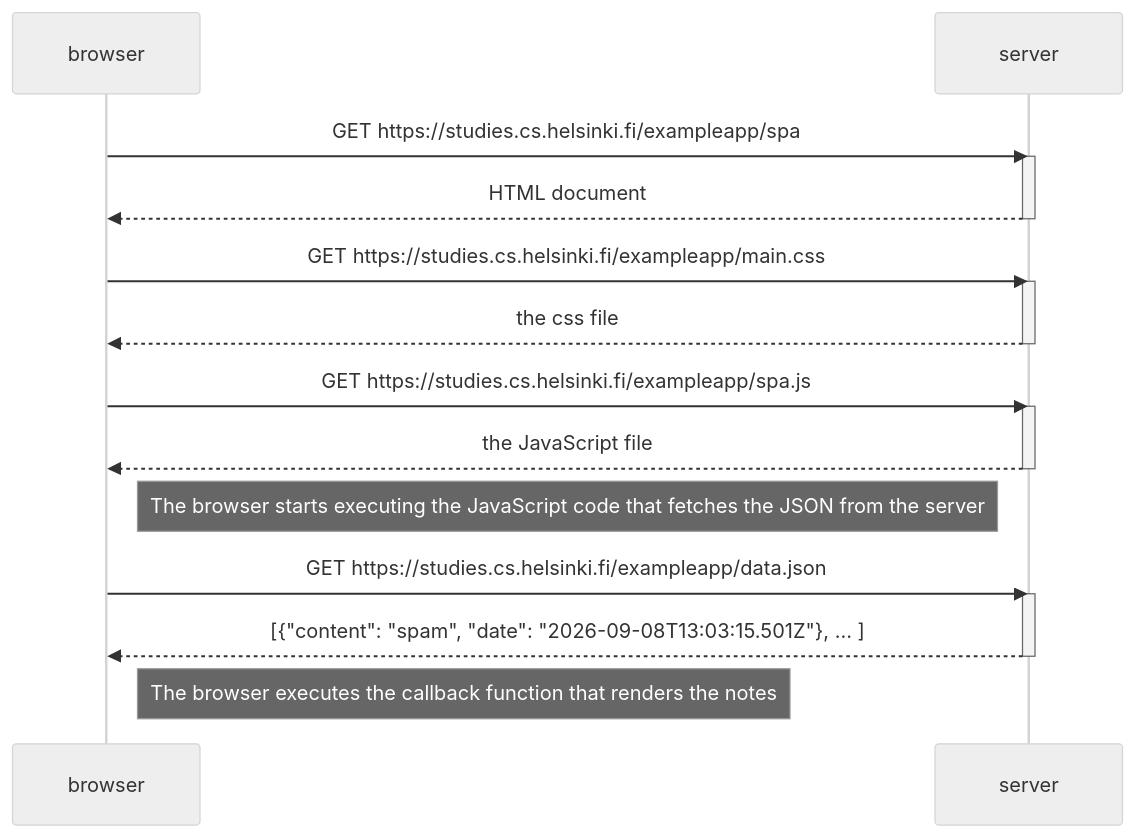
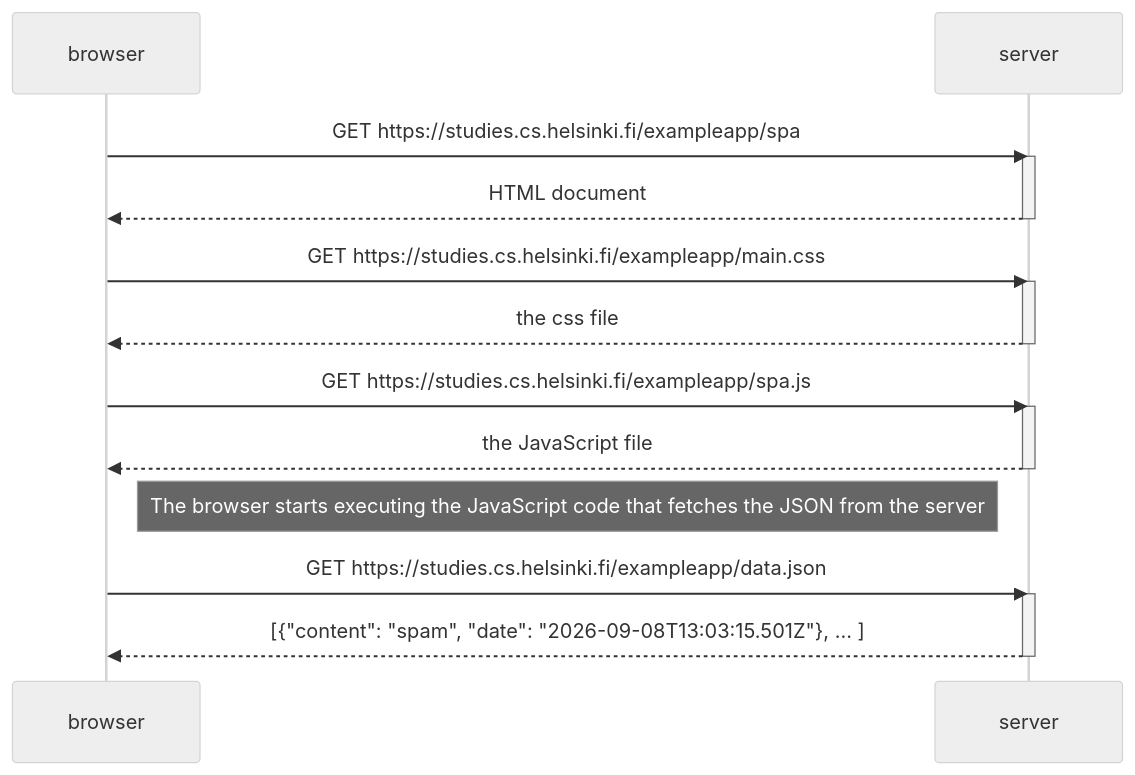
Before and after one commit to Sadg3-code/fullstackopen: the diagram in osa0/spaKaavio.md, drawn with Mermaid (neutral theme).

Commit message:
Poistettu turha muistiinpano lopusta
Removed a note about the browser executing the callback function.

````diff
--- a/osa0/spaKaavio.md
+++ b/osa0/spaKaavio.md
@@ -1,29 +1,27 @@
 ```mermaid
 sequenceDiagram
     participant browser
     participant server
     
     browser->>server: GET https://studies.cs.helsinki.fi/exampleapp/spa
     activate server
     server-->>browser: HTML document
     deactivate server
     
     browser->>server: GET https://studies.cs.helsinki.fi/exampleapp/main.css
     activate server
     server-->>browser: the css file
     deactivate server
     
     browser->>server: GET https://studies.cs.helsinki.fi/exampleapp/spa.js
     activate server
     server-->>browser: the JavaScript file
     deactivate server
     
     Note right of browser: The browser starts executing the JavaScript code that fetches the JSON from the server
     
     browser->>server: GET https://studies.cs.helsinki.fi/exampleapp/data.json
     activate server
     server-->>browser: [{"content": "spam", "date": "2026-09-08T13:03:15.501Z"}, ... ]
     deactivate server    
-
-    Note right of browser: The browser executes the callback function that renders the notes
 ```
````
